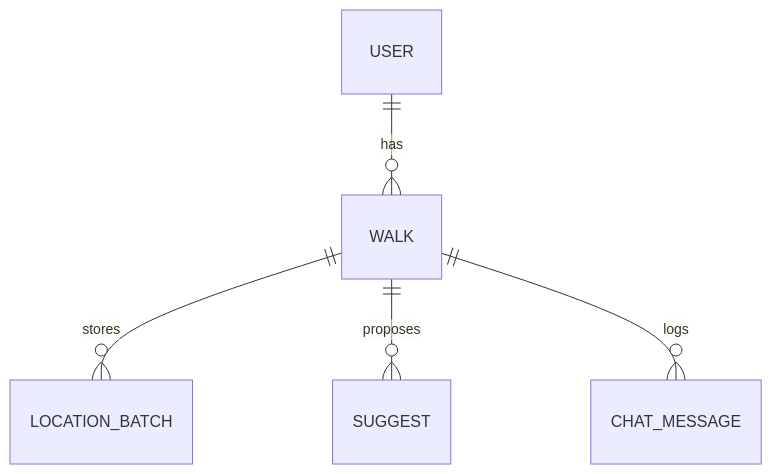
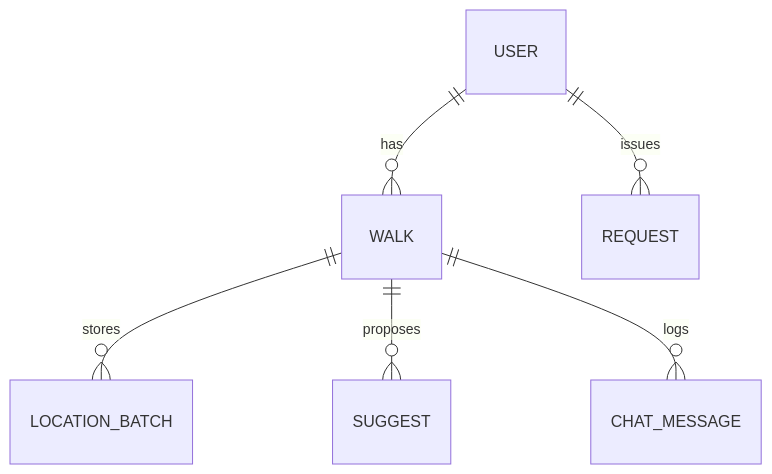
One commit to i-icc/aruku_pallarel changed the diagram in spec/data-model.md. Above: the diagram before and after it, drawn with Mermaid. The commit also changed other lines of this file and 10 other files, not shown here.

````diff
--- a/spec/data-model.md
+++ b/spec/data-model.md
@@ -13,7 +14,8 @@
 ```mermaid
 erDiagram
   USER ||--o{ WALK : has
   WALK ||--o{ LOCATION_BATCH : stores
   WALK ||--o{ SUGGEST : proposes
   WALK ||--o{ CHAT_MESSAGE : logs
+  USER ||--o{ REQUEST : issues
 ```
````
